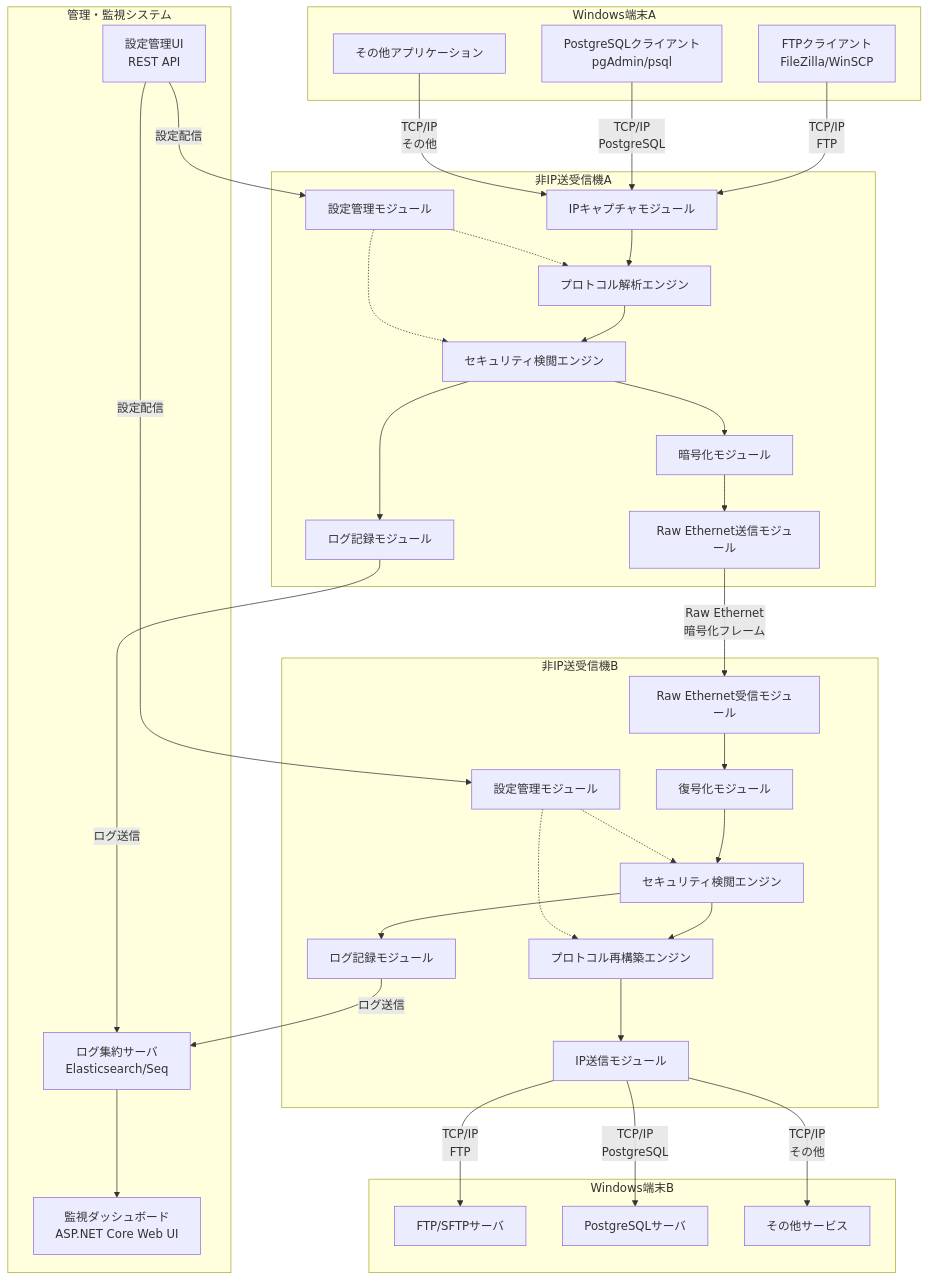
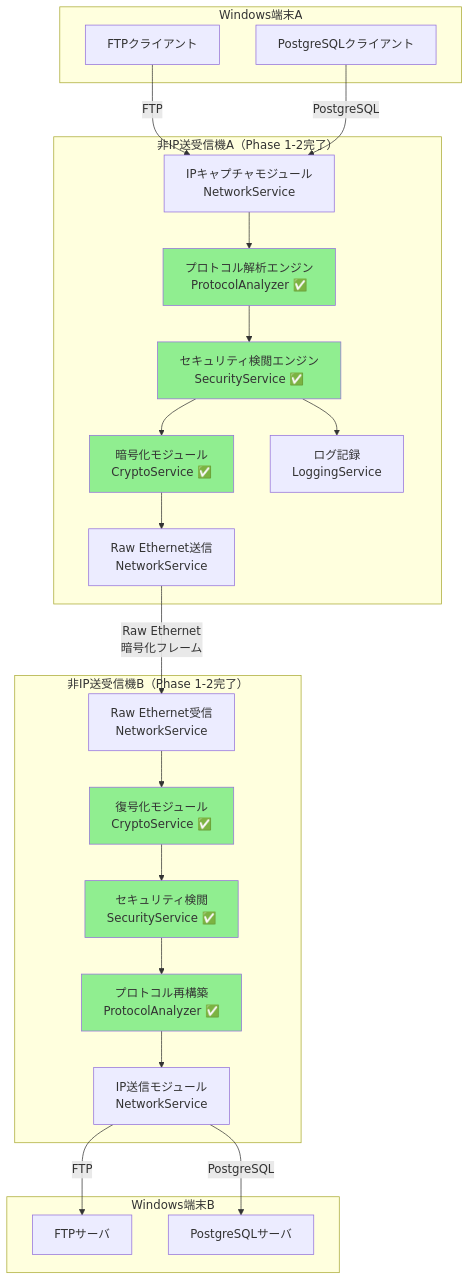
The first of 3 diagrams in docs/functionaldesign.md (InvestorX/Non-IP-File-Delivery), drawn with Mermaid before and after one commit. The commit also changed other lines of this file, not shown here.

````diff
--- a/docs/functionaldesign.md
+++ b/docs/functionaldesign.md
@@ -58,72 +63,55 @@
 ```mermaid
 graph TB
     subgraph "Windows端末A"
-        A1[FTPクライアント<br/>FileZilla/WinSCP]
-        A2[PostgreSQLクライアント<br/>pgAdmin/psql]
-        A3[その他アプリケーション]
+        A1[FTPクライアント]
+        A2[PostgreSQLクライアント]
     end
     
-    subgraph "非IP送受信機A"
-        B1[IPキャプチャモジュール]
-        B2[プロトコル解析エンジン]
-        B3[セキュリティ検閲エンジン]
-        B4[暗号化モジュール]
-        B5[Raw Ethernet送信モジュール]
-        B6[ログ記録モジュール]
-        B7[設定管理モジュール]
+    subgraph "非IP送受信機A（Phase 1-2完了）"
+        B1[IPキャプチャモジュール<br/>NetworkService]
+        B2[プロトコル解析エンジン<br/>ProtocolAnalyzer ✅]
+        B3[セキュリティ検閲エンジン<br/>SecurityService ✅]
+        B4[暗号化モジュール<br/>CryptoService ✅]
+        B5[Raw Ethernet送信<br/>NetworkService]
+        B6[ログ記録<br/>LoggingService]
         
         B1 --> B2
         B2 --> B3
         B3 --> B4
         B4 --> B5
         B3 --> B6
-        B7 -.-> B2
-        B7 -.-> B3
     end
     
-    subgraph "非IP送受信機B"
-        C1[Raw Ethernet受信モジュール]
-        C2[復号化モジュール]
-        C3[セキュリティ検閲エンジン]
-        C4[プロトコル再構築エンジン]
-        C5[IP送信モジュール]
-        C6[ログ記録モジュール]
-        C7[設定管理モジュール]
+    subgraph "非IP送受信機B（Phase 1-2完了）"
+        C1[Raw Ethernet受信<br/>NetworkService]
+        C2[復号化モジュール<br/>CryptoService ✅]
+        C3[セキュリティ検閲<br/>SecurityService ✅]
+        C4[プロトコル再構築<br/>ProtocolAnalyzer ✅]
+        C5[IP送信モジュール<br/>NetworkService]
         
         C1 --> C2
         C2 --> C3
         C3 --> C4
         C4 --> C5
-        C3 --> C6
-        C7 -.-> C3
-        C7 -.-> C4
     end
     
     subgraph "Windows端末B"
-        D1[FTP/SFTPサーバ]
+        D1[FTPサーバ]
         D2[PostgreSQLサーバ]
-        D3[その他サービス]
     end
     
-    subgraph "管理・監視システム"
-        E1[監視ダッシュボード<br/>ASP.NET Core Web UI]
-        E2[ログ集約サーバ<br/>Elasticsearch/Seq]
-        E3[設定管理UI<br/>REST API]
-    end
-    
-    A1 -->|TCP/IP<br/>FTP| B1
-    A2 -->|TCP/IP<br/>PostgreSQL| B1
-    A3 -->|TCP/IP<br/>その他| B1
+    A1 -->|FTP| B1
+    A2 -->|PostgreSQL| B1
     
     B5 -->|Raw Ethernet<br/>暗号化フレーム| C1
     
-    C5 -->|TCP/IP<br/>FTP| D1
-    C5 -->|TCP/IP<br/>PostgreSQL| D2
-    C5 -->|TCP/IP<br/>その他| D3
+    C5 -->|FTP| D1
+    C5 -->|PostgreSQL| D2
     
-    B6 -->|ログ送信| E2
-    C6 -->|ログ送信| E2
-    E2 --> E1
-    E3 -->|設定配信| B7
-    E3 -->|設定配信| C7
+    style B2 fill:#90EE90
+    style B3 fill:#90EE90
+    style B4 fill:#90EE90
+    style C2 fill:#90EE90
+    style C3 fill:#90EE90
+    style C4 fill:#90EE90
 ```
````
